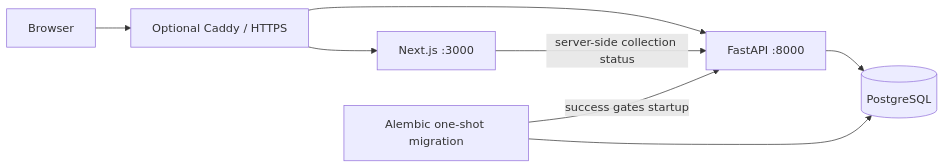
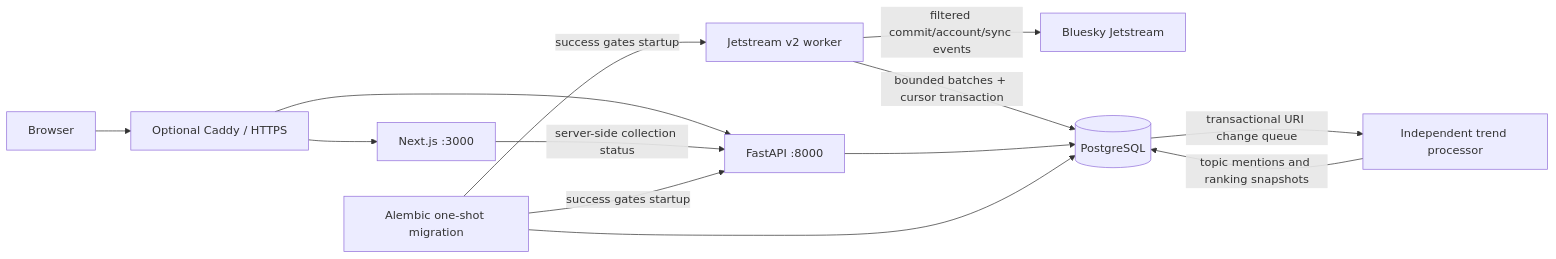
The diagram in README.md (jerrymonteverde/TrendSky), drawn with Mermaid before and after one commit. The commit also changed other lines of this file and 113 other files, not shown here.

````diff
--- a/README.md
+++ b/README.md
@@ -26,10 +37,15 @@
 ```mermaid
 flowchart LR
   Browser --> Caddy[Optional Caddy / HTTPS]
   Caddy --> Web[Next.js :3000]
   Caddy --> API[FastAPI :8000]
   Web -->|server-side collection status| API
+  Worker[Jetstream v2 worker] -->|filtered commit/account/sync events| Jetstream[Bluesky Jetstream]
+  Worker -->|bounded batches + cursor transaction| DB
+  DB -->|transactional URI change queue| Trends[Independent trend processor]
+  Trends -->|topic mentions and ranking snapshots| DB
   API --> DB[(PostgreSQL)]
-  Migration[Alembic one-shot migration] --> DB
-  Migration -->|success gates startup| API
+Migration[Alembic one-shot migration] --> DB
+Migration -->|success gates startup| API
+Migration -->|success gates startup| Worker
 ```
````
